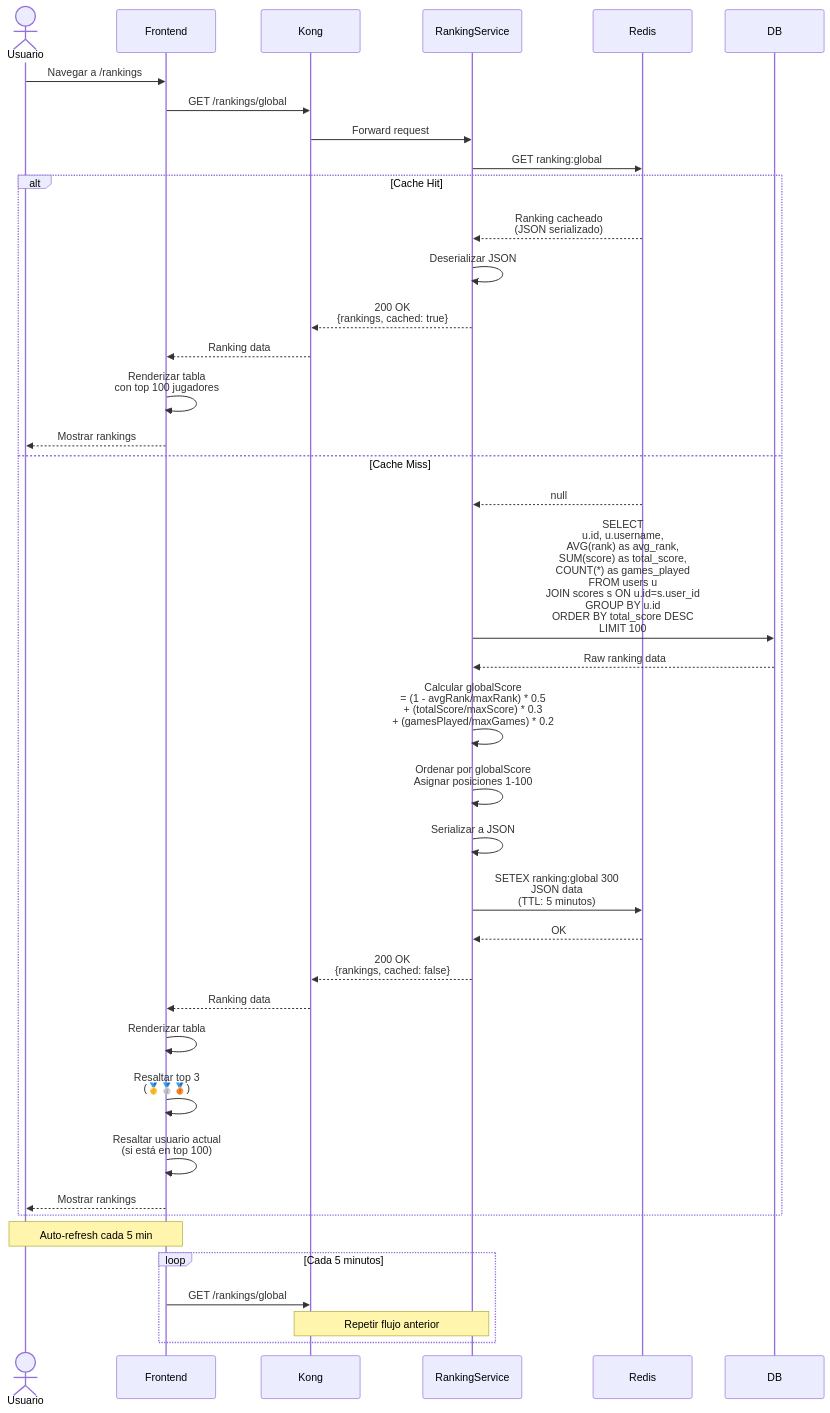
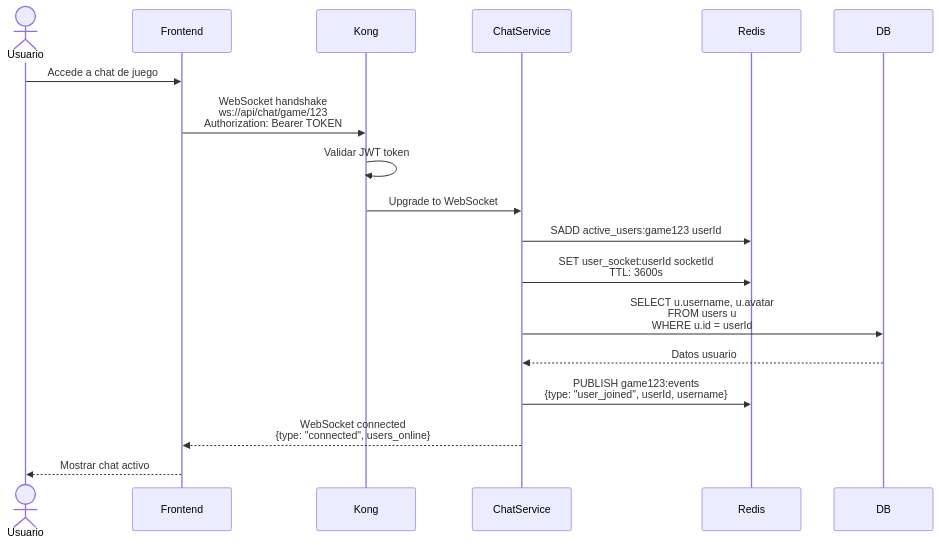
Before and after one commit to retrogamecloud/docs: the seventh of 8 diagrams in sequence-diagrams.mdx, drawn with Mermaid. The commit also changed other lines of this file and 40 other files, not shown here.

````diff
--- a/sequence-diagrams.mdx
+++ b/sequence-diagrams.mdx
@@ -333,61 +346,28 @@
 ```mermaid
 sequenceDiagram
     actor Usuario
     participant Frontend
     participant Kong
-    participant RankingService
+    participant ChatService
     participant Redis
     participant DB
 
-    Usuario->>Frontend: Navegar a /rankings
+    Usuario->>Frontend: Accede a chat de juego
+    Frontend->>Kong: WebSocket handshake<br/>ws://api/chat/game/123<br/>Authorization: Bearer TOKEN
 
-    Frontend->>Kong: GET /rankings/global
+    Kong->>Kong: Validar JWT token
+    Kong->>ChatService: Upgrade to WebSocket
 
-    Kong->>RankingService: Forward request
+    ChatService->>Redis: SADD active_users:game123 userId
+    ChatService->>Redis: SET user_socket:userId socketId<br/>TTL: 3600s
 
-    RankingService->>Redis: GET ranking:global
+    ChatService->>DB: SELECT u.username, u.avatar<br/>FROM users u<br/>WHERE u.id = userId
 
-    alt Cache Hit
-        Redis-->>RankingService: Ranking cacheado<br/>(JSON serializado)
+    DB-->>ChatService: Datos usuario
 
-        RankingService->>RankingService: Deserializar JSON
+    ChatService->>Redis: PUBLISH game123:events<br/>{type: "user_joined", userId, username}
 
-        RankingService-->>Kong: 200 OK<br/>{rankings, cached: true}
-        Kong-->>Frontend: Ranking data
+    ChatService-->>Frontend: WebSocket connected<br/>{type: "connected", users_online}
 
-        Frontend->>Frontend: Renderizar tabla<br/>con top 100 jugadores
-        Frontend-->>Usuario: Mostrar rankings
-    else Cache Miss
-        Redis-->>RankingService: null
-
-        RankingService->>DB: SELECT<br/>  u.id, u.username,<br/>  AVG(rank) as avg_rank,<br/>  SUM(score) as total_score,<br/>  COUNT(*) as games_played<br/>FROM users u<br/>JOIN scores s ON u.id=s.user_id<br/>GROUP BY u.id<br/>ORDER BY total_score DESC<br/>LIMIT 100
-
-        DB-->>RankingService: Raw ranking data
-
-        RankingService->>RankingService: Calcular globalScore<br/>= (1 - avgRank/maxRank) * 0.5<br/>+ (totalScore/maxScore) * 0.3<br/>+ (gamesPlayed/maxGames) * 0.2
-
-        RankingService->>RankingService: Ordenar por globalScore<br/>Asignar posiciones 1-100
-
-        RankingService->>RankingService: Serializar a JSON
-
-        RankingService->>Redis: SETEX ranking:global 300<br/>JSON data<br/>(TTL: 5 minutos)
-
-        Redis-->>RankingService: OK
-
-        RankingService-->>Kong: 200 OK<br/>{rankings, cached: false}
-        Kong-->>Frontend: Ranking data
-
-        Frontend->>Frontend: Renderizar tabla
-        Frontend->>Frontend: Resaltar top 3<br/>(🥇🥈🥉)
-        Frontend->>Frontend: Resaltar usuario actual<br/>(si está en top 100)
-        Frontend-->>Usuario: Mostrar rankings
-    end
-
-    Note over Frontend,Usuario: Auto-refresh cada 5 min
-
-    loop Cada 5 minutos
-        Frontend->>Kong: GET /rankings/global
-        Note over Kong,RankingService: Repetir flujo anterior
-    end
-
+    Frontend-->>Usuario: Mostrar chat activo
 ```
````
